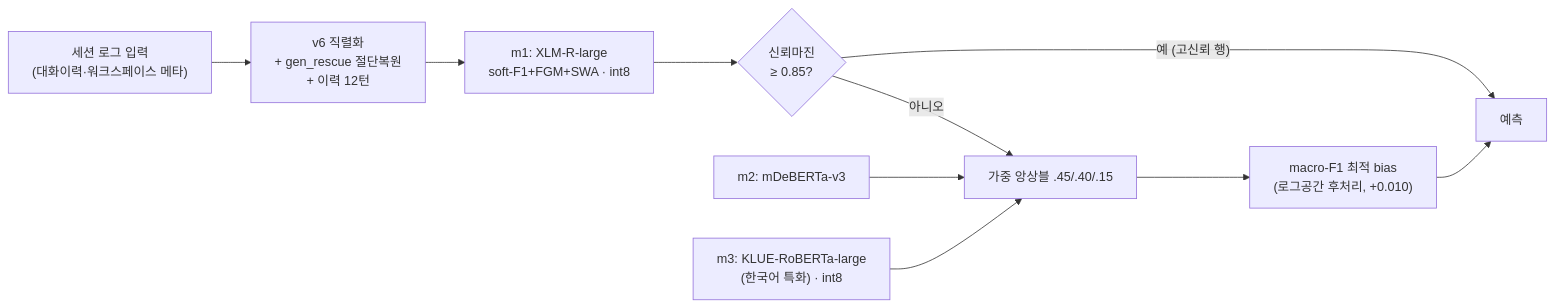
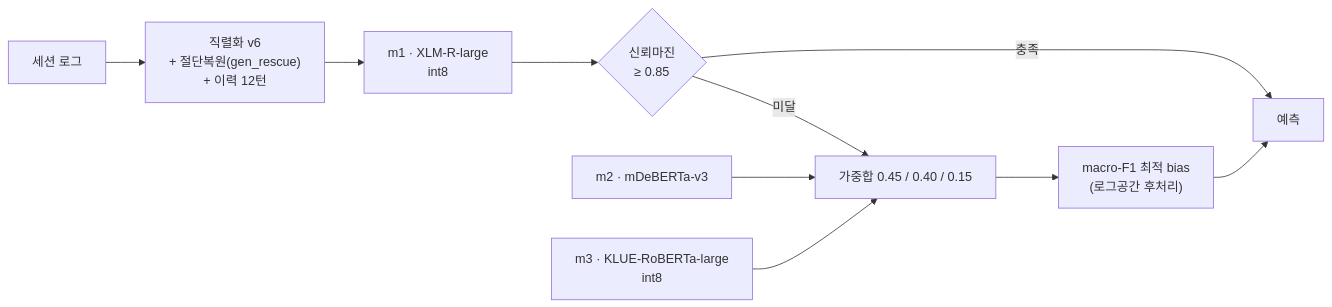
Before and after one commit to Roka-jsj/Action_Decision: the diagram in README.md, drawn with Mermaid. The commit also changed other lines of this file and 163 other files, not shown here.

````diff
--- a/README.md
+++ b/README.md
@@ -18,12 +23,12 @@
 ```mermaid
 flowchart LR
-    A["세션 로그 입력<br/>(대화이력·워크스페이스 메타)"] --> B["v6 직렬화<br/>+ gen_rescue 절단복원<br/>+ 이력 12턴"]
-    B --> M1["m1: XLM-R-large<br/>soft-F1+FGM+SWA · int8"]
-    M1 --> G{"신뢰마진<br/>≥ 0.85?"}
-    G -- "예 (고신뢰 행)" --> P["예측"]
-    G -- "아니오" --> MIX["가중 앙상블 .45/.40/.15"]
-    M2["m2: mDeBERTa-v3"] --> MIX
-    M3["m3: KLUE-RoBERTa-large<br/>(한국어 특화) · int8"] --> MIX
-    MIX --> BIAS["macro-F1 최적 bias<br/>(로그공간 후처리, +0.010)"]
+    A["세션 로그"] --> B["직렬화 v6<br/>+ 절단복원(gen_rescue)<br/>+ 이력 12턴"]
+    B --> M1["m1 · XLM-R-large<br/>int8"]
+    M1 --> G{"신뢰마진<br/>≥ 0.85"}
+    G -- 충족 --> P["예측"]
+    G -- 미달 --> MIX["가중합 0.45 / 0.40 / 0.15"]
+    M2["m2 · mDeBERTa-v3"] --> MIX
+    M3["m3 · KLUE-RoBERTa-large<br/>int8"] --> MIX
+    MIX --> BIAS["macro-F1 최적 bias<br/>(로그공간 후처리)"]
     BIAS --> P
 ```
````
